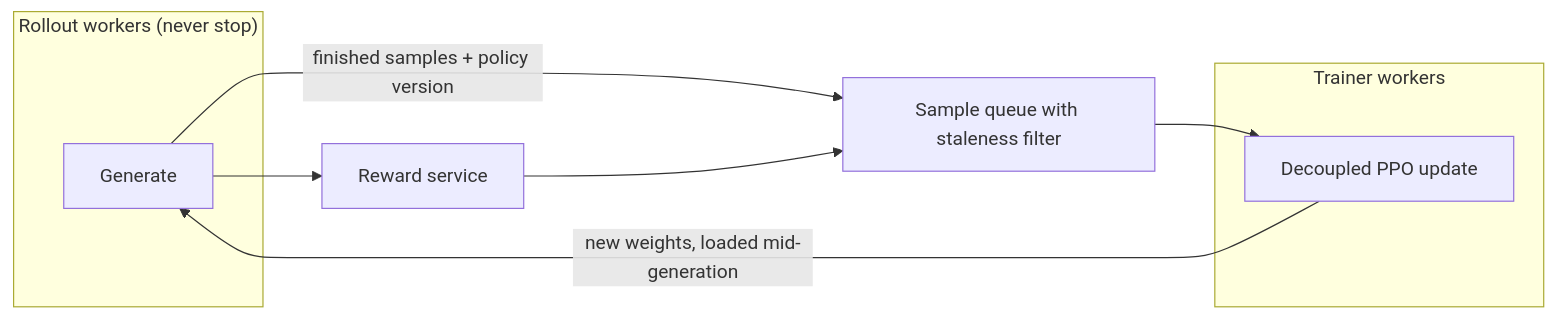
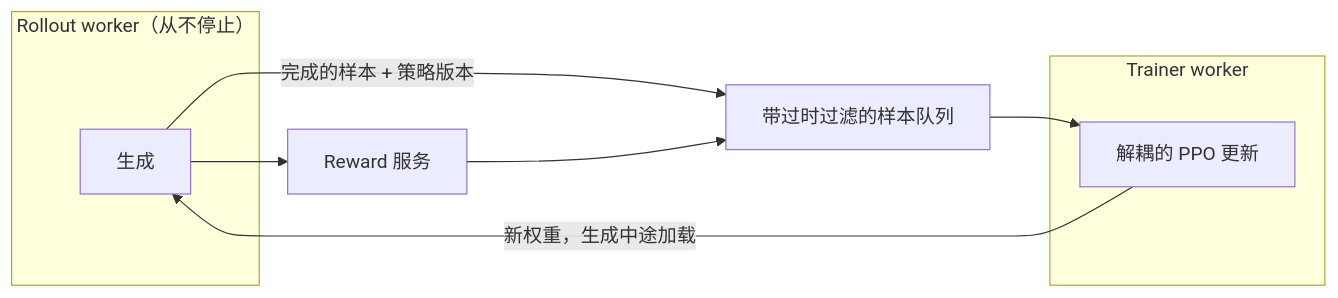
One commit to lxy-alexander/VoidIndex changed the eighth of 8 diagrams in src/content/posts/llm-rl-frameworks.md. Above: the diagram before and after it, drawn with Mermaid. The commit also changed other lines of this file and 4 other files, not shown here.

````diff
--- a/src/content/posts/llm-rl-frameworks.md
+++ b/src/content/posts/llm-rl-frameworks.md
@@ -252,14 +252,14 @@
 ```mermaid
 flowchart LR
-  subgraph GEN["Rollout workers (never stop)"]
-    G["Generate"]
+  subgraph GEN["Rollout worker（从不停止）"]
+    G["生成"]
   end
-  subgraph TRN["Trainer workers"]
-    T["Decoupled PPO update"]
+  subgraph TRN["Trainer worker"]
+    T["解耦的 PPO 更新"]
   end
-  G -- "finished samples + policy version" --> Q["Sample queue with staleness filter"]
+  G -- "完成的样本 + 策略版本" --> Q["带过时过滤的样本队列"]
   Q --> T
-  T -- "new weights, loaded mid-generation" --> G
-  RW["Reward service"] --> Q
+  T -- "新权重，生成中途加载" --> G
+  RW["Reward 服务"] --> Q
   G --> RW
 ```
````
